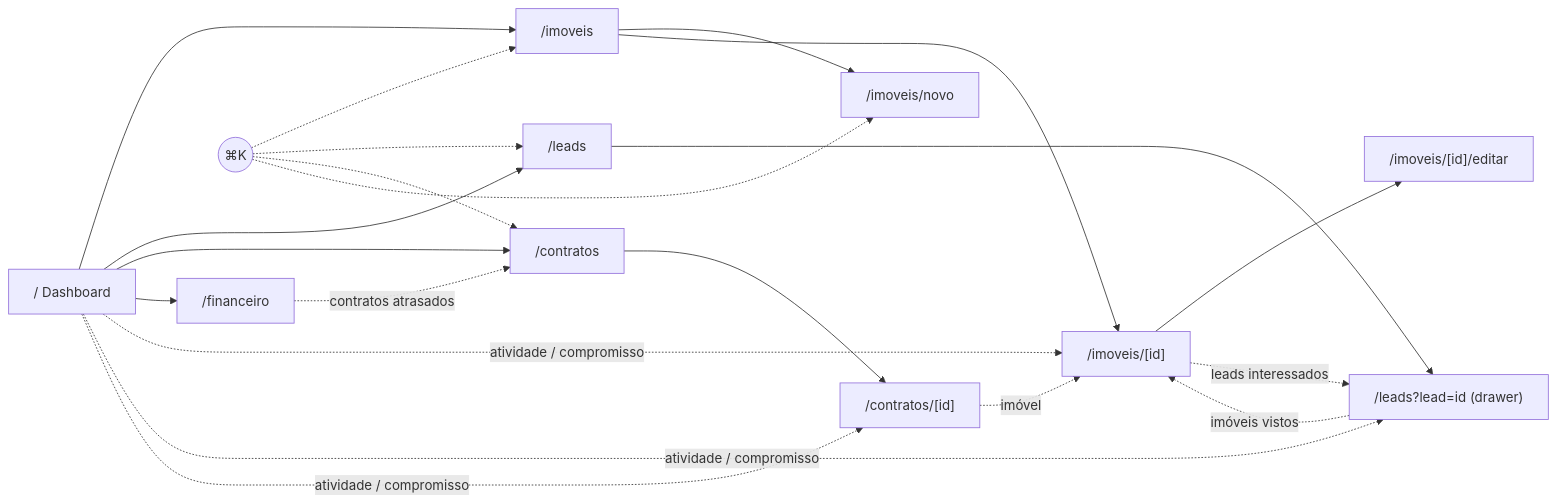
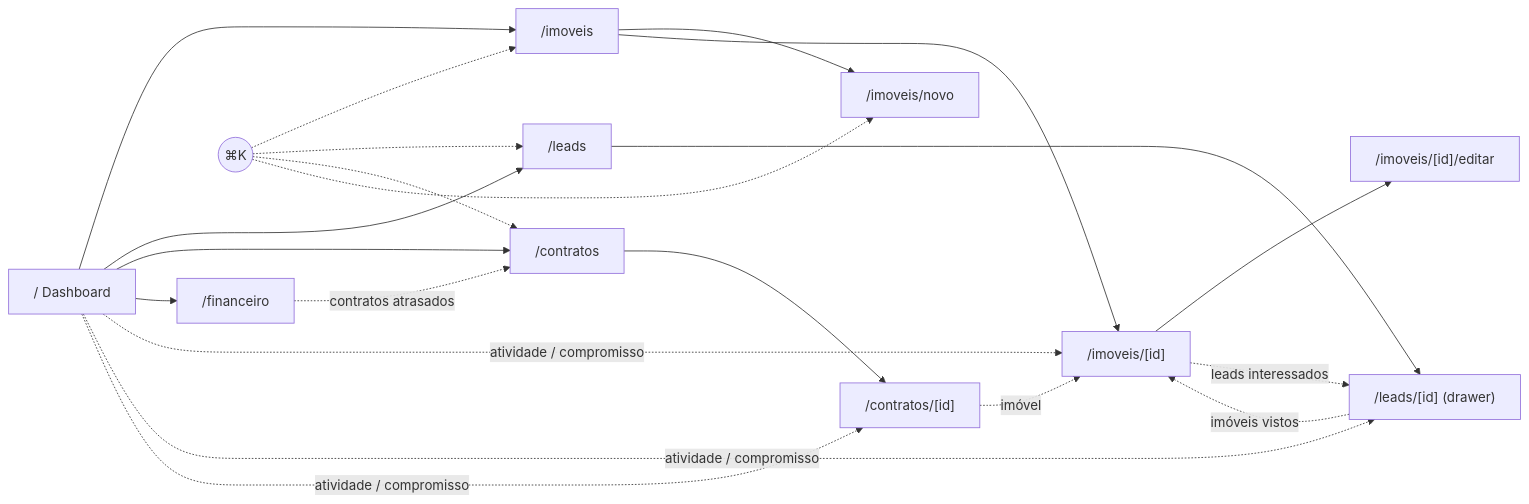
Before and after one commit to LauroSeibert/Atrium: the diagram in docs/REQUISITOS.md, drawn with Mermaid. The commit also changed other lines of this file and 2 other files, not shown here.

````diff
--- a/docs/REQUISITOS.md
+++ b/docs/REQUISITOS.md
@@ -196,17 +203,17 @@
 ```mermaid
 flowchart LR
   D["/ Dashboard"] --> I["/imoveis"]
   D --> L["/leads"]
   D --> C["/contratos"]
   D --> F["/financeiro"]
   I --> IN["/imoveis/novo"]
   I --> ID["/imoveis/[id]"] --> IE["/imoveis/[id]/editar"]
   ID -. leads interessados .-> LD
-  L --> LD["/leads?lead=id (drawer)"]
+  L --> LD["/leads/[id] (drawer)"]
   LD -. imóveis vistos .-> ID
   C --> CD["/contratos/[id]"]
   CD -. imóvel .-> ID
   F -. contratos atrasados .-> C
   D -. atividade / compromisso .-> ID & LD & CD
   K(("⌘K")) -.-> I & L & C & IN
 ```
````
